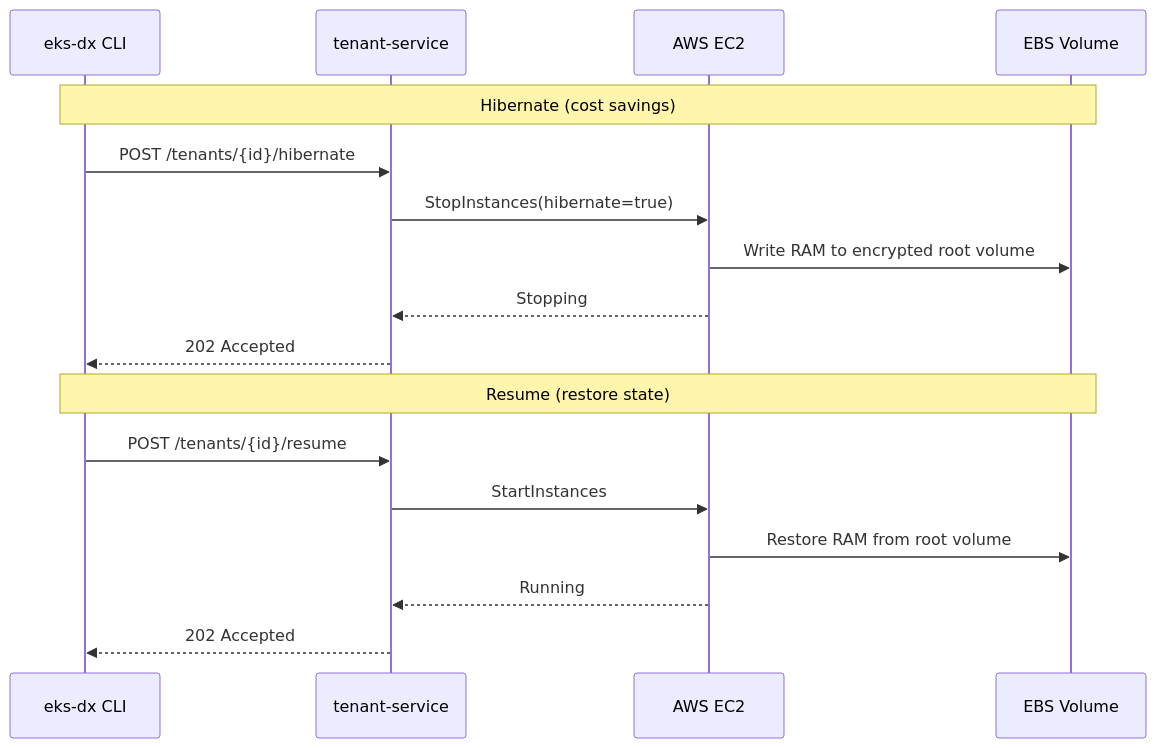
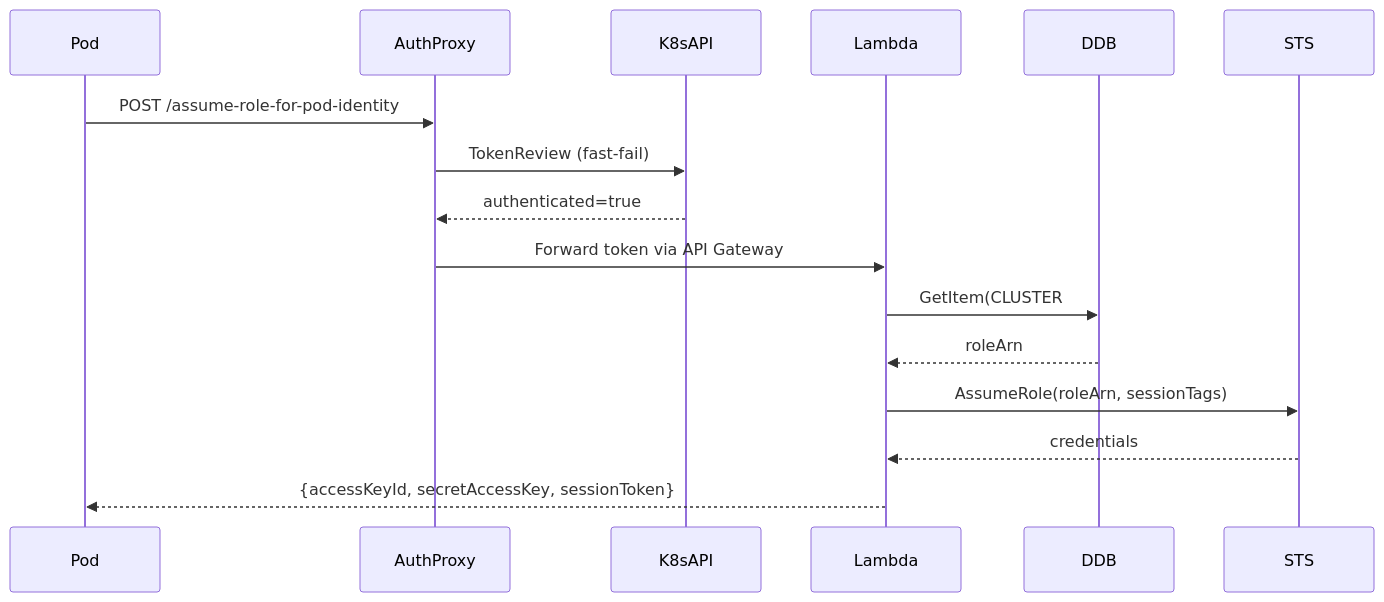
The diagram in .agents/summary/workflows.md (plasticity-of-cloud/eks-d-xpress-control-plane), drawn with Mermaid before and after one commit. The commit also changed other lines of this file and 9 other files, not shown here.

````diff
--- a/.agents/summary/workflows.md
+++ b/.agents/summary/workflows.md
@@ -63,21 +5,12 @@
 ```mermaid
 sequenceDiagram
-    participant User as eks-dx CLI
-    participant Lambda as tenant-service
-    participant EC2 as AWS EC2
-    participant EBS as EBS Volume
-
-    Note over User,EBS: Hibernate (cost savings)
-    User->>Lambda: POST /tenants/{id}/hibernate
-    Lambda->>EC2: StopInstances(hibernate=true)
-    EC2->>EBS: Write RAM to encrypted root volume
-    EC2-->>Lambda: Stopping
-    Lambda-->>User: 202 Accepted
-
-    Note over User,EBS: Resume (restore state)
-    User->>Lambda: POST /tenants/{id}/resume
-    Lambda->>EC2: StartInstances
-    EC2->>EBS: Restore RAM from root volume
-    EC2-->>Lambda: Running
-    Lambda-->>User: 202 Accepted
+    Pod->>AuthProxy: POST /assume-role-for-pod-identity
+    AuthProxy->>K8sAPI: TokenReview (fast-fail)
+    K8sAPI-->>AuthProxy: authenticated=true
+    AuthProxy->>Lambda: Forward token via API Gateway
+    Lambda->>DDB: GetItem(CLUSTER#name, ns#sa)
+    DDB-->>Lambda: roleArn
+    Lambda->>STS: AssumeRole(roleArn, sessionTags)
+    STS-->>Lambda: credentials
+    Lambda-->>Pod: {accessKeyId, secretAccessKey, sessionToken}
 ```
````
